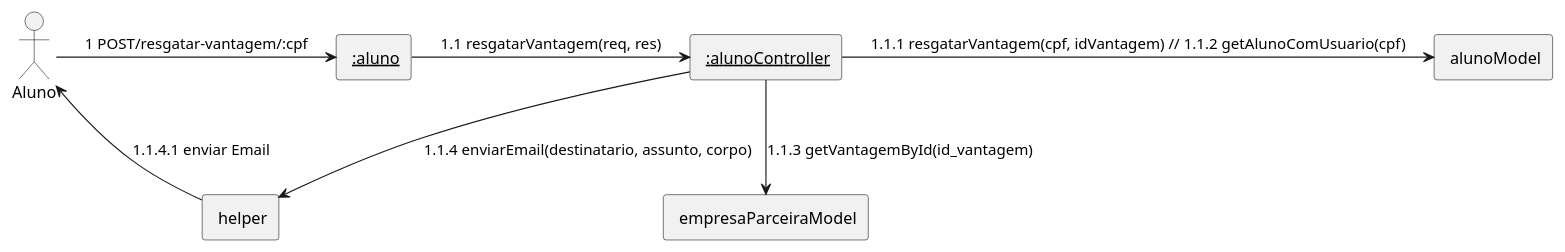
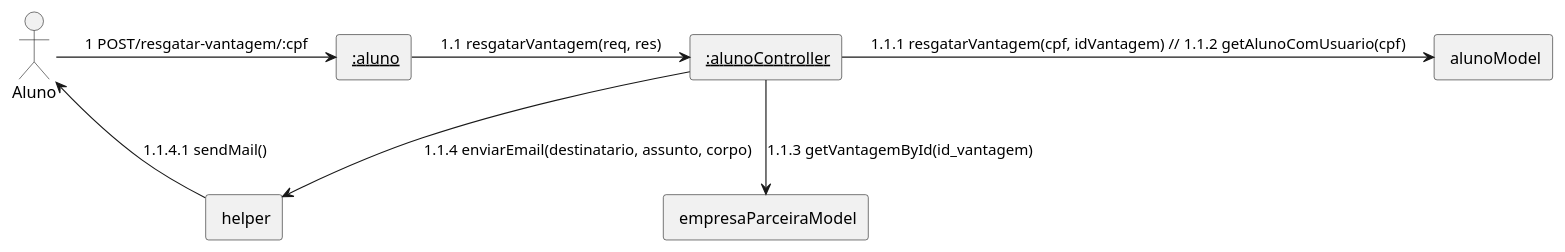
Before and after one commit to mmhqs/lab-desenvolvimento-software: the diagram in laboratorio3/projeto/DiagramaDeComunicacao/trocaVantagensAluno/trocaVantagensAluno.wsd, drawn with PlantUML. The commit also changed 6 other files, not shown here.

```diff
--- a/laboratorio3/projeto/DiagramaDeComunicacao/trocaVantagensAluno/trocaVantagensAluno.wsd
+++ b/laboratorio3/projeto/DiagramaDeComunicacao/trocaVantagensAluno/trocaVantagensAluno.wsd
@@ -1,16 +1,16 @@
 @startuml
 skinparam linestyle ortho
 actor "Aluno" as aluno
 rectangle "<u> :aluno" as routes
 rectangle "<u> :alunoController" as controller
 rectangle " alunoModel" as model
 rectangle " empresaParceiraModel" as parceiramodel
 rectangle " helper" as helper
 
 aluno -right-> routes: 1 POST/resgatar-vantagem/:cpf 
 routes -right-> controller: 1.1 resgatarVantagem(req, res) 
 controller -right-> model: 1.1.1 resgatarVantagem(cpf, idVantagem) // 1.1.2 getAlunoComUsuario(cpf) 
 controller --> parceiramodel: 1.1.3 getVantagemById(id_vantagem)
 controller --> helper: 1.1.4 enviarEmail(destinatario, assunto, corpo)
-helper --> aluno: 1.1.4.1 enviar Email
+helper --> aluno: 1.1.4.1 sendMail()
 @enduml
```
